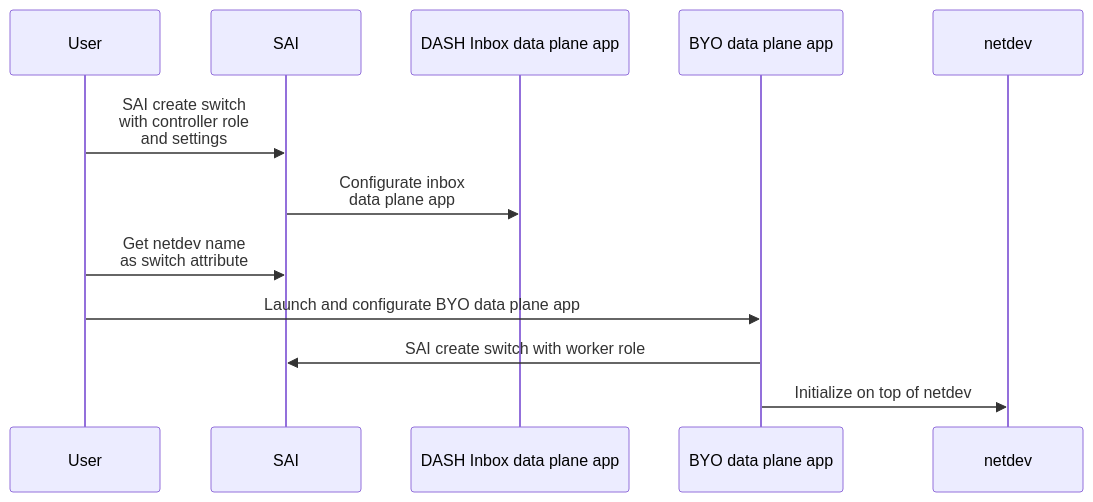
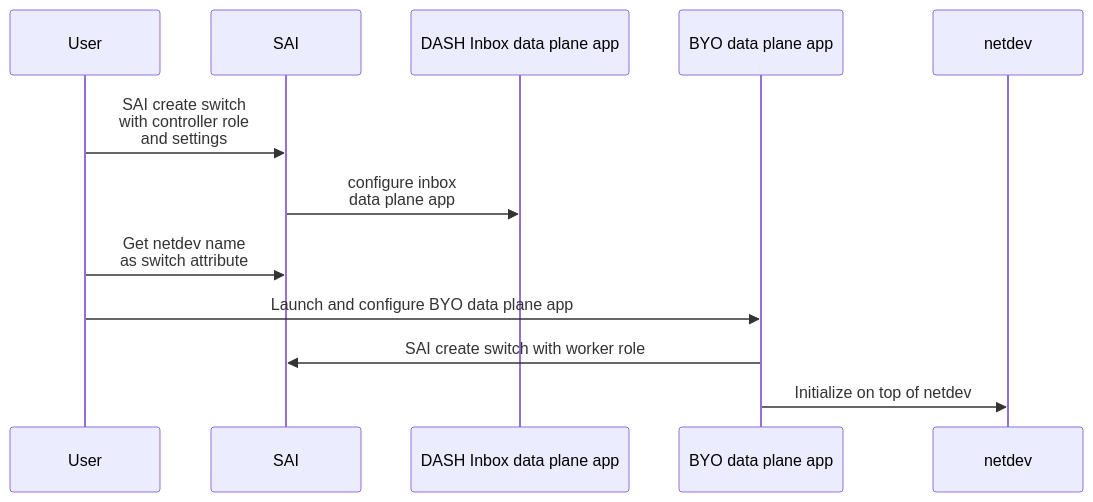
Before and after one commit to sonic-net/DASH: the diagram in documentation/dataplane/dash-byo-data-plane-app.md, drawn with Mermaid. The commit also changed other lines of this file and 1 other file, not shown here.

Commit message:
fix spellcheck.

````diff
--- a/documentation/dataplane/dash-byo-data-plane-app.md
+++ b/documentation/dataplane/dash-byo-data-plane-app.md
@@ -41,16 +41,16 @@
 ```mermaid
 sequenceDiagram
 
 participant User
 participant SAI
 participant IDPA as DASH Inbox data plane app
 participant BYODPA as BYO data plane app
 participant netdev
 
 User->>SAI: SAI create switch<br>with controller role<br>and settings
-SAI->>IDPA: Configurate inbox<br>data plane app
+SAI->>IDPA: configure inbox<br>data plane app
 User->>SAI: Get netdev name<br>as switch attribute
-User->>BYODPA: Launch and configurate BYO data plane app
+User->>BYODPA: Launch and configure BYO data plane app
 BYODPA->>SAI: SAI create switch with worker role
 BYODPA->>netdev: Initialize on top of netdev
 ```
````
